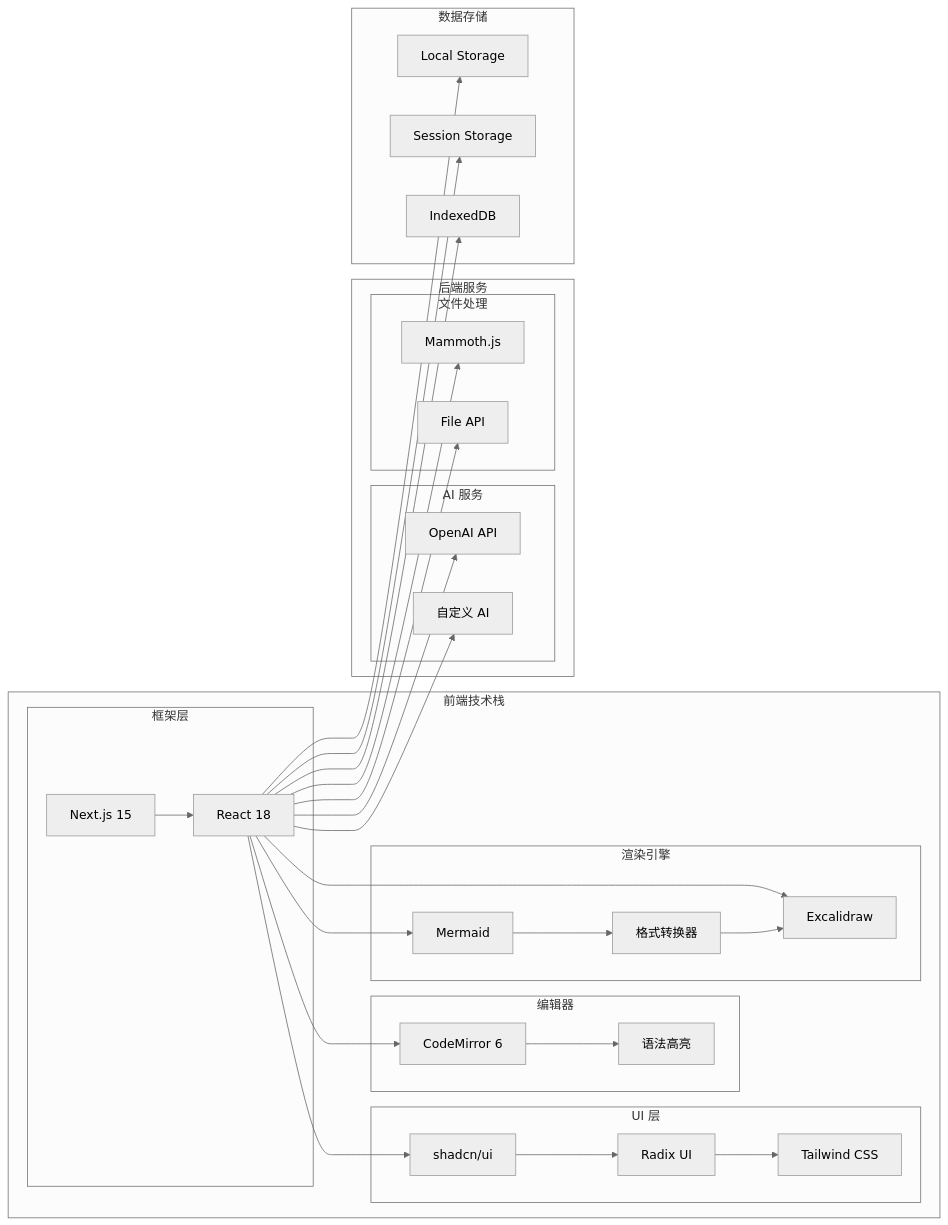
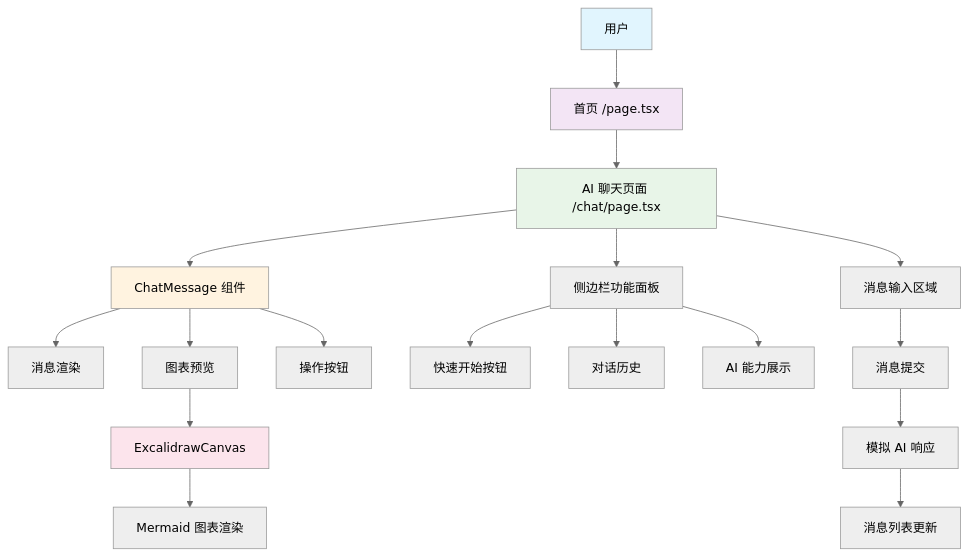
The first of 3 diagrams in architecture-diagram.md (melonlee/LazyDraw), drawn with Mermaid (neutral theme) before and after one commit. The commit also changed other lines of this file and 13 other files, not shown here.

First line of the commit message:
feat: Add AI chat page with English localization

````diff
--- a/architecture-diagram.md
+++ b/architecture-diagram.md
@@ -173,66 +5,30 @@
 ```mermaid
-graph LR
-    subgraph "前端技术栈"
-        subgraph "框架层"
-            NextJS[Next.js 15]
-            React[React 18]
-        end
-        
-        subgraph "UI 层"
-            Shadcn[shadcn/ui]
-            Radix[Radix UI]
-            Tailwind[Tailwind CSS]
-        end
-        
-        subgraph "编辑器"
-            CodeMirror[CodeMirror 6]
-            Syntax[语法高亮]
-        end
-        
-        subgraph "渲染引擎"
-            MermaidLib[Mermaid]
-            ExcalidrawLib[Excalidraw]
-            ConverterLib[格式转换器]
-        end
-    end
+graph TB
+    A[用户] --> B[首页 /page.tsx]
+    B --> C[AI 聊天页面 /chat/page.tsx]
     
-    subgraph "后端服务"
-        subgraph "AI 服务"
-            OpenAIService[OpenAI API]
-            CustomService[自定义 AI]
-        end
-        
-        subgraph "文件处理"
-            Mammoth[Mammoth.js]
-            FileAPI[File API]
-        end
-    end
+    C --> D[ChatMessage 组件]
+    C --> E[侧边栏功能面板]
+    C --> F[消息输入区域]
     
-    subgraph "数据存储"
-        LocalStorage[Local Storage]
-        SessionStorage[Session Storage]
-        IndexedDB[IndexedDB]
-    end
+    D --> G[消息渲染]
+    D --> H[图表预览]
+    D --> I[操作按钮]
     
-    NextJS --> React
-    React --> Shadcn
-    Shadcn --> Radix
-    Radix --> Tailwind
+    H --> J[ExcalidrawCanvas]
+    J --> K[Mermaid 图表渲染]
     
-    React --> CodeMirror
-    CodeMirror --> Syntax
+    E --> L[快速开始按钮]
+    E --> M[对话历史]
+    E --> N[AI 能力展示]
     
-    React --> MermaidLib
-    React --> ExcalidrawLib
-    MermaidLib --> ConverterLib
-    ConverterLib --> ExcalidrawLib
+    F --> O[消息提交]
+    O --> P[模拟 AI 响应]
+    P --> Q[消息列表更新]
     
-    React --> OpenAIService
-    React --> CustomService
-    React --> Mammoth
-    React --> FileAPI
-    
-    React --> LocalStorage
-    React --> SessionStorage
-    React --> IndexedDB
+    style A fill:#e1f5fe
+    style B fill:#f3e5f5
+    style C fill:#e8f5e8
+    style D fill:#fff3e0
+    style J fill:#fce4ec
 ```
````
